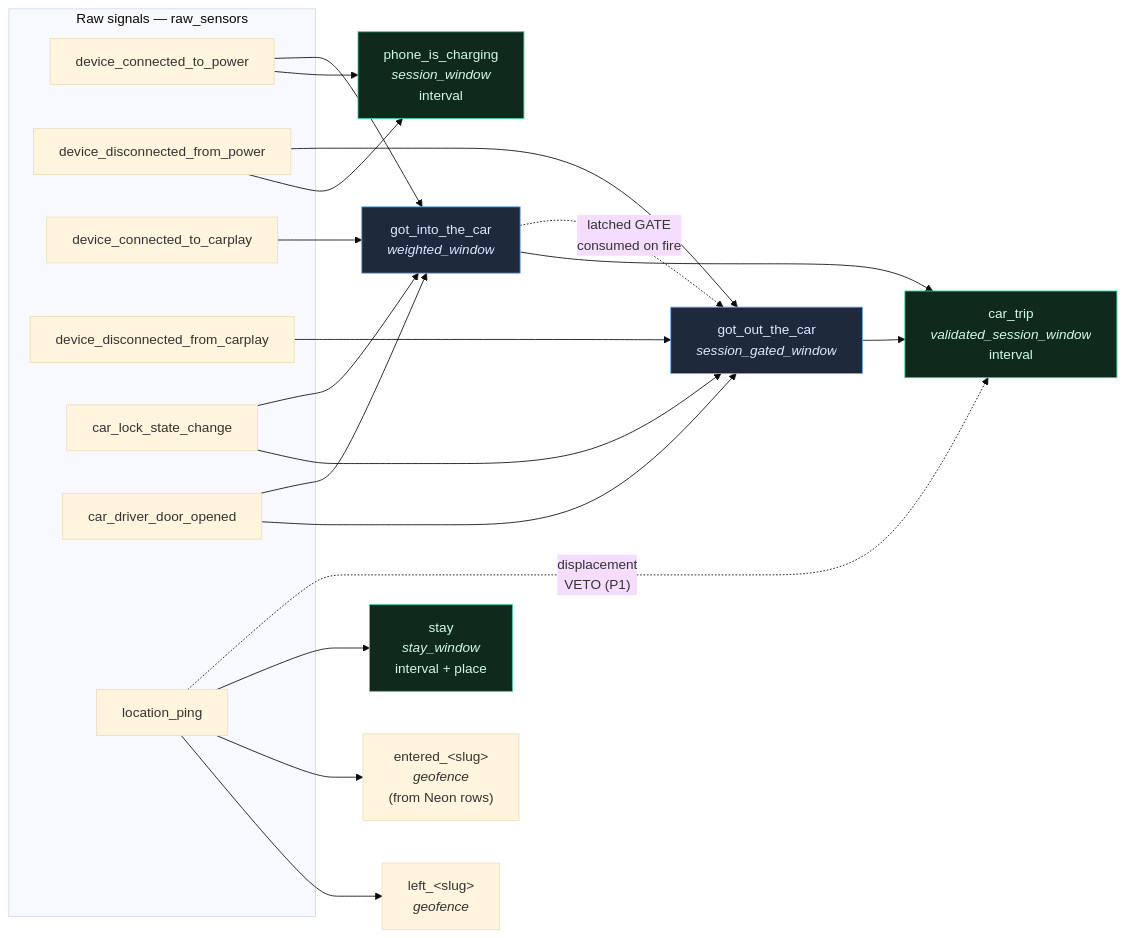
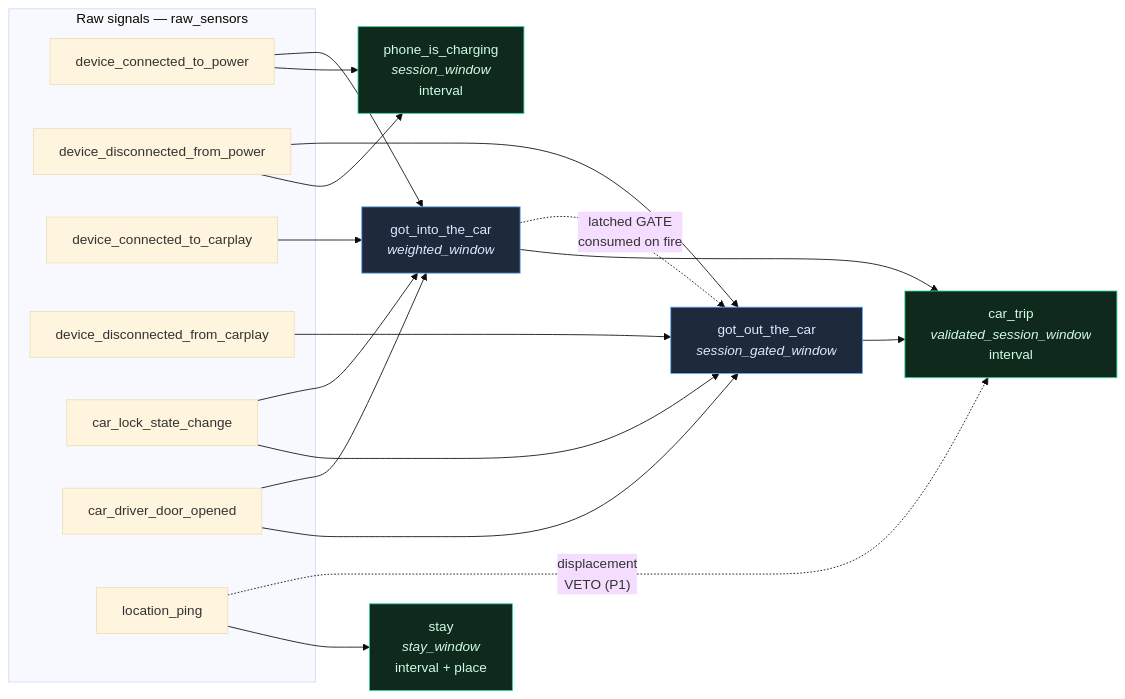
Before and after one commit to rodis/inference: the sixth of 13 diagrams in doc/core.md, drawn with Mermaid (base theme). The commit also changed other lines of this file and 13 other files, not shown here.

````diff
--- a/doc/core.md
+++ b/doc/core.md
@@ -476,46 +475,42 @@
 ```mermaid
 flowchart LR
     subgraph rawsig["Raw signals — raw_sensors"]
         pwr["device_connected_to_power"]
         upwr["device_disconnected_from_power"]
         cp["device_connected_to_carplay"]
         ucp["device_disconnected_from_carplay"]
         lock["car_lock_state_change"]
         door["car_driver_door_opened"]
         ping["location_ping"]
     end
 
     gin["got_into_the_car<br/><i>weighted_window</i>"]
     gout["got_out_the_car<br/><i>session_gated_window</i>"]
     trip["car_trip<br/><i>validated_session_window</i><br/>interval"]
     chg["phone_is_charging<br/><i>session_window</i><br/>interval"]
     stay["stay<br/><i>stay_window</i><br/>interval + place"]
-    ent["entered_&lt;slug&gt;<br/><i>geofence</i><br/>(from Neon rows)"]
-    lft["left_&lt;slug&gt;<br/><i>geofence</i>"]
 
     pwr --> gin
     cp --> gin
     lock --> gin
     door --> gin
 
     ucp --> gout
     lock --> gout
     upwr --> gout
     door --> gout
     gin -.->|"latched GATE<br/>consumed on fire"| gout
 
     gin --> trip
     gout --> trip
     ping -.->|"displacement<br/>VETO (P1)"| trip
     pwr --> chg
     upwr --> chg
     ping --> stay
-    ping --> ent
-    ping --> lft
 
     style gin fill:#1e293b,stroke:#60a5fa,color:#dbeafe
     style gout fill:#1e293b,stroke:#60a5fa,color:#dbeafe
     style trip fill:#0f2a1d,stroke:#34d399,color:#d1fae5
     style chg fill:#0f2a1d,stroke:#34d399,color:#d1fae5
     style stay fill:#0f2a1d,stroke:#34d399,color:#d1fae5
 ```
````
